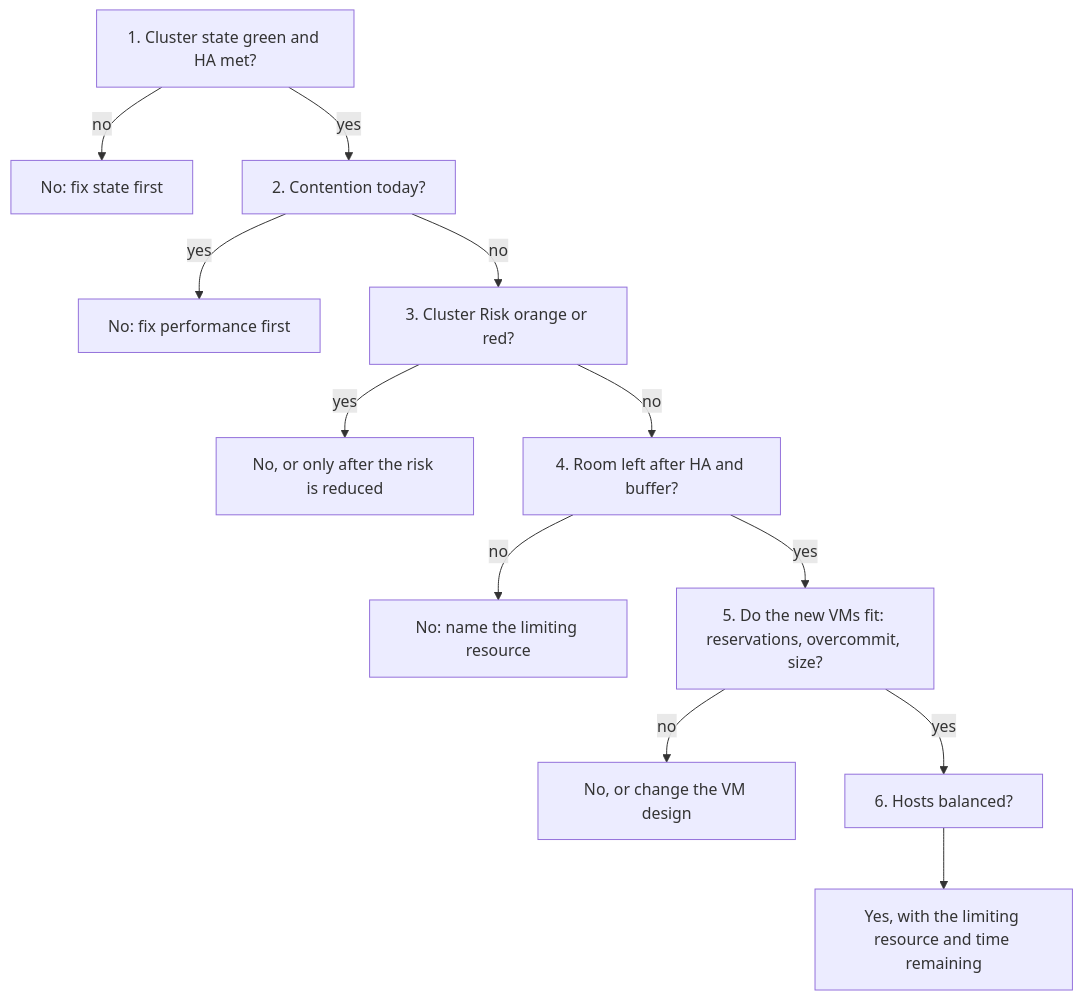
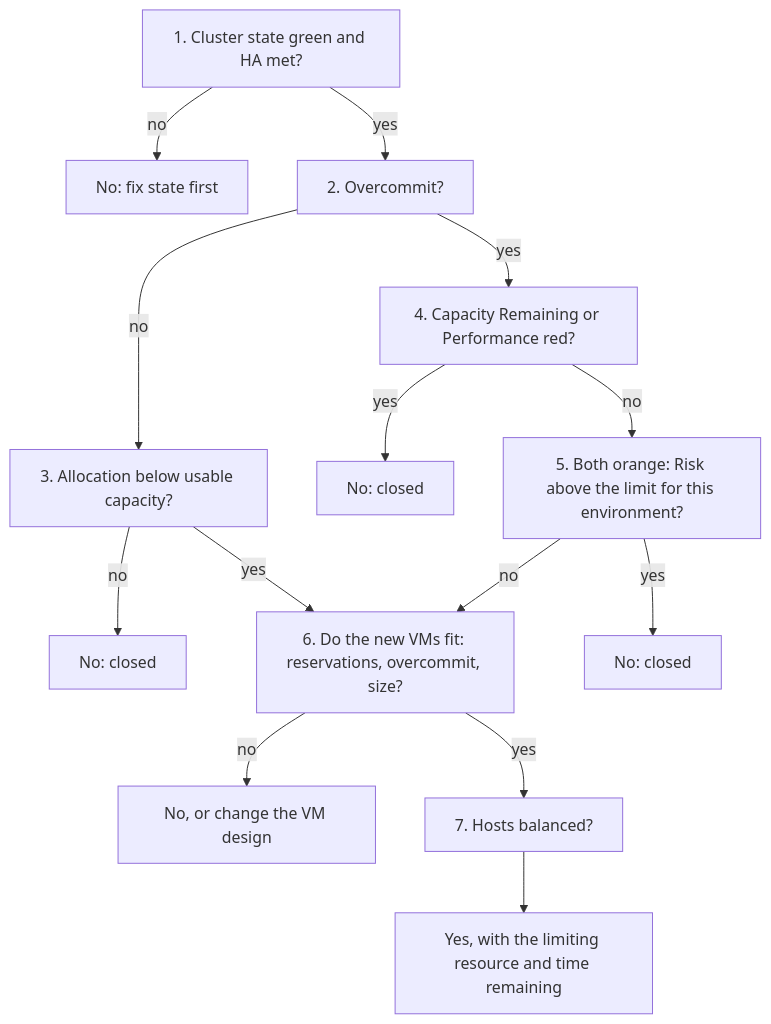
Before and after one commit to e1-rahabok/agent-e2: the diagram in knowledge/operations-management/capacity/diagnosis/can-cluster-take-more-vms.md, drawn with Mermaid. The commit also changed other lines of this file and 29 other files, not shown here.

````diff
--- a/knowledge/operations-management/capacity/diagnosis/can-cluster-take-more-vms.md
+++ b/knowledge/operations-management/capacity/diagnosis/can-cluster-take-more-vms.md
@@ -8,14 +9,16 @@
 ```mermaid
 flowchart TD
   S1[1. Cluster state green and HA met?] -->|no| E1[No: fix state first]
-  S1 -->|yes| S2[2. Contention today?]
-  S2 -->|yes| E2[No: fix performance first]
-  S2 -->|no| S3[3. Cluster Risk orange or red?]
-  S3 -->|yes| E3[No, or only after the risk is reduced]
-  S3 -->|no| S4[4. Room left after HA and buffer?]
-  S4 -->|no| E4[No: name the limiting resource]
-  S4 -->|yes| S5[5. Do the new VMs fit: reservations, overcommit, size?]
-  S5 -->|no| E5[No, or change the VM design]
-  S5 -->|yes| S6[6. Hosts balanced?]
-  S6 --> E6[Yes, with the limiting resource and time remaining]
+  S1 -->|yes| S2[2. Overcommit?]
+  S2 -->|no| S3[3. Allocation below usable capacity?]
+  S3 -->|no| E3[No: closed]
+  S3 -->|yes| S6
+  S2 -->|yes| S4[4. Capacity Remaining or Performance red?]
+  S4 -->|yes| E4[No: closed]
+  S4 -->|no| S5[5. Both orange: Risk above the limit for this environment?]
+  S5 -->|yes| E5[No: closed]
+  S5 -->|no| S6[6. Do the new VMs fit: reservations, overcommit, size?]
+  S6 -->|no| E6[No, or change the VM design]
+  S6 -->|yes| S7[7. Hosts balanced?]
+  S7 --> E7[Yes, with the limiting resource and time remaining]
 ```
````
